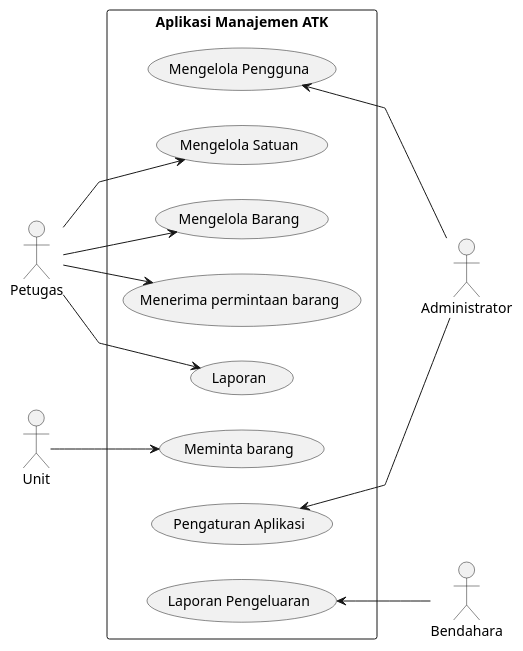
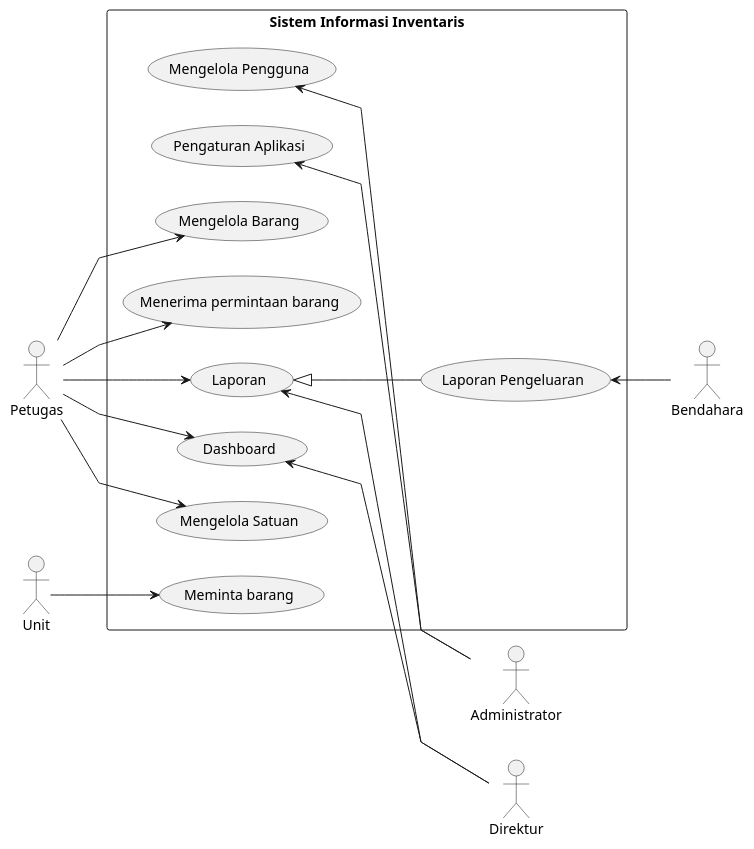
The diagram in docs/usecase.plantuml (juntralala/e-atk), drawn with PlantUML before and after one commit. The commit also changed 38 other files, not shown here.

```diff
--- a/docs/usecase.plantuml
+++ b/docs/usecase.plantuml
@@ -1,31 +1,38 @@
-@startuml usecase
+@startuml
 left to right direction
 skinparam linetype polyline
 
 actor "Administrator" as admin
 actor "Bendahara" as bendahara
 actor "Petugas" as petugas
 actor "Unit" as unit
+actor "Direktur" as direktur
 
-rectangle "Aplikasi Manajemen ATK" {
+rectangle "Sistem Informasi Inventaris" {
     usecase "Mengelola Pengguna" as UC1
     usecase "Mengelola Satuan" as UC7
     usecase "Mengelola Barang" as UC3
     usecase "Meminta barang" as UC2
     usecase "Menerima permintaan barang" as UC6
     usecase "Laporan" as UC4
     usecase "Laporan Pengeluaran" as UC4_1
     usecase "Pengaturan Aplikasi" as UC5
+    usecase "Dashboard" as UC8
 }
 
 ' UC1 <-- admin
 UC5 <-- admin
 UC1 <-- admin
 unit --> UC2
 petugas --> UC7
 petugas --> UC3
 petugas --> UC6
 petugas --> UC4
+petugas --> UC8
 UC4_1 <-- bendahara
+UC4 <-- direktur
+UC8 <-- direktur
+
+UC4 <|-- UC4_1
 
 @enduml
```
